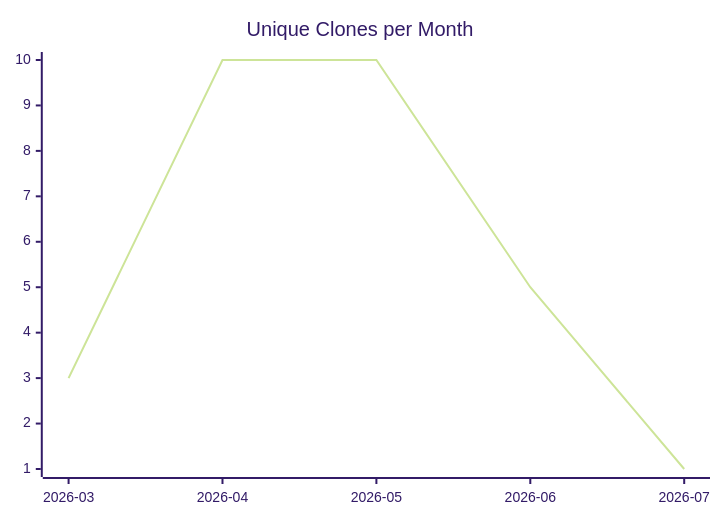
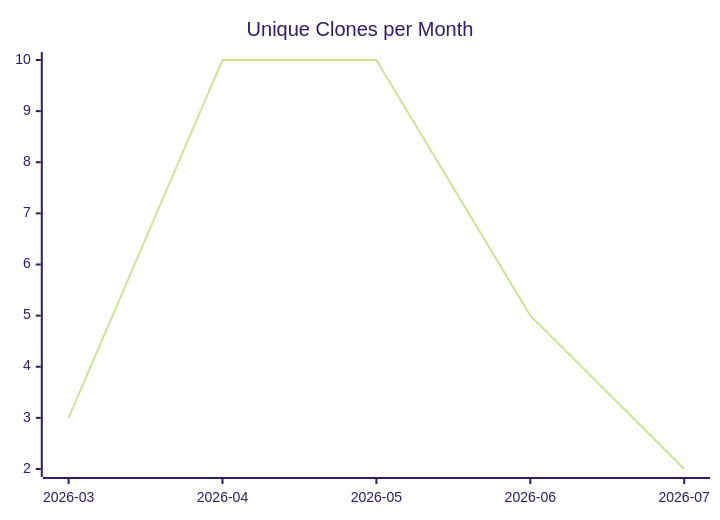
One commit to justdavis-family/github-analytics-data changed the third of 3 diagrams in karlmdavis/can-i-kayak-baltimore/README.md. Above: the diagram before and after it, drawn with Mermaid (forest theme). The commit also changed other lines of this file and 180 other files, not shown here.

````diff
--- a/karlmdavis/can-i-kayak-baltimore/README.md
+++ b/karlmdavis/can-i-kayak-baltimore/README.md
@@ -19,6 +19,6 @@
 ```mermaid
 xychart-beta
   title "Unique Clones per Month"
   x-axis ["2026-03", "2026-04", "2026-05", "2026-06", "2026-07"]
-  line [3, 10, 10, 5, 1]
+  line [3, 10, 10, 5, 2]
 ```
````
